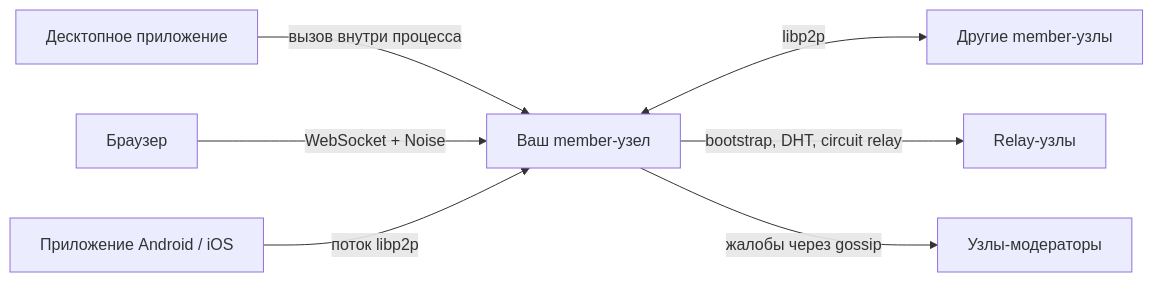
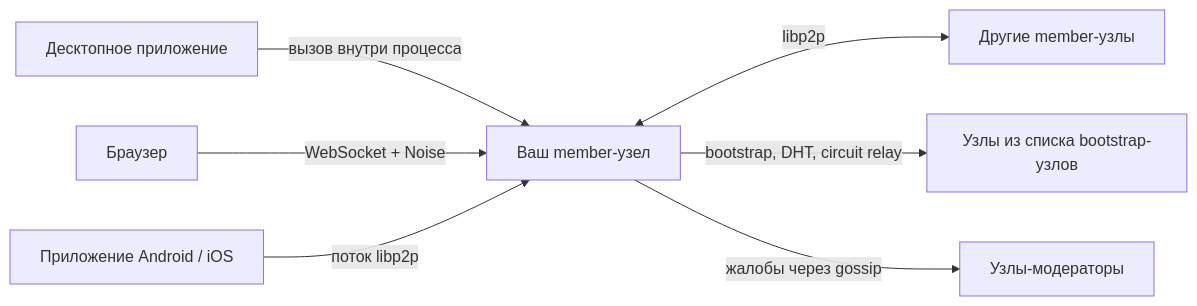
The first of 2 diagrams in ru/architecture.md (Warp-net/docs), drawn with Mermaid before and after one commit. The commit also changed other lines of this file and 49 other files, not shown here.

````diff
--- a/ru/architecture.md
+++ b/ru/architecture.md
@@ -59,9 +75,9 @@
 ```mermaid
 flowchart LR
   D[Десктопное приложение] -->|вызов внутри процесса| M[Ваш member-узел]
   B[Браузер] -->|WebSocket + Noise| M
   P[Приложение Android / iOS] -->|поток libp2p| M
   M <-->|libp2p| O[Другие member-узлы]
-  M -->|bootstrap, DHT, circuit relay| R[Relay-узлы]
+  M -->|bootstrap, DHT, circuit relay| R[Узлы из списка bootstrap-узлов]
   M -->|жалобы через gossip| X[Узлы-модераторы]
 ```
````
